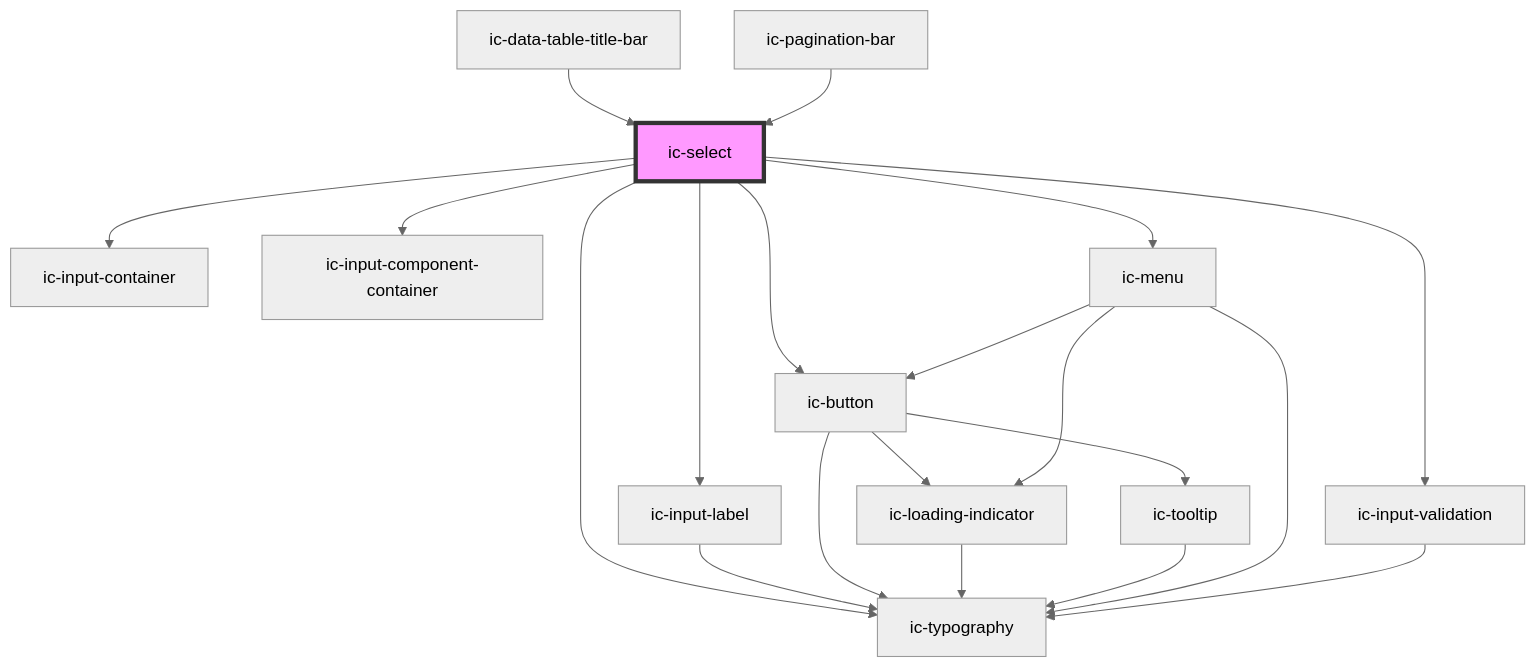
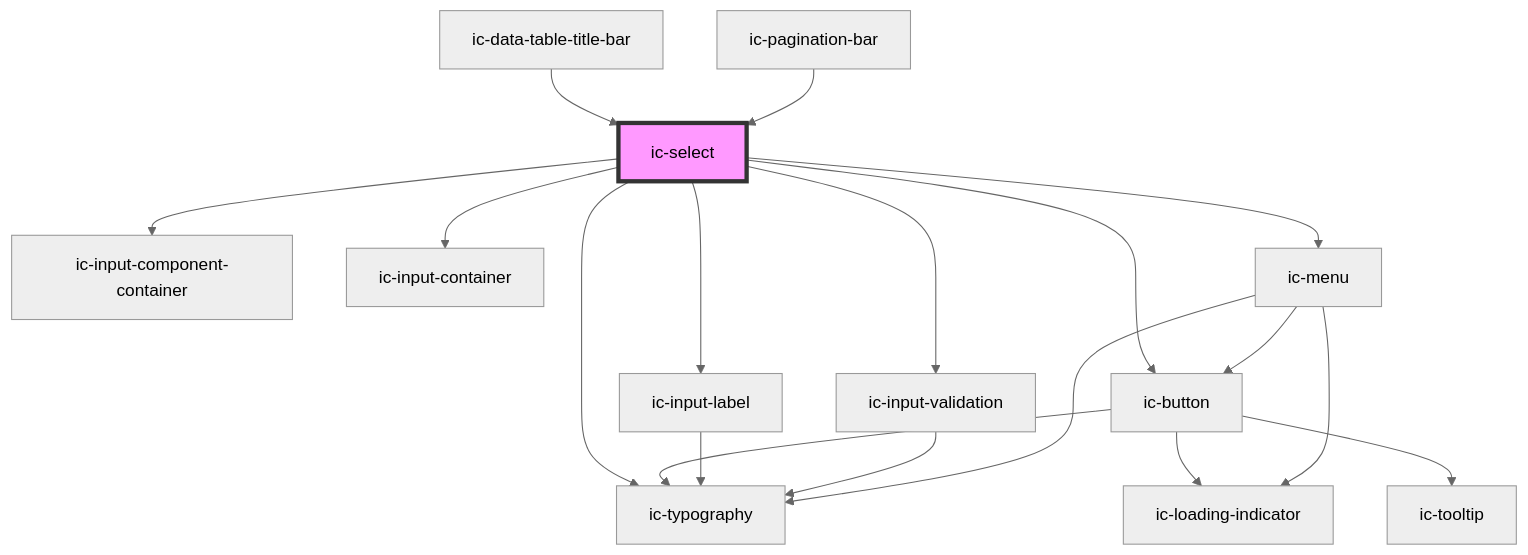
The diagram in packages/web-components/src/components/ic-select/readme.md (mi6/ic-ui-kit), drawn with Mermaid (neutral theme) before and after one commit. The commit also changed other lines of this file and 24 other files, not shown here.

````diff
--- a/packages/web-components/src/components/ic-select/readme.md
+++ b/packages/web-components/src/components/ic-select/readme.md
@@ -109,23 +111,21 @@
 ```mermaid
 graph TD;
+  ic-select --> ic-button
+  ic-select --> ic-input-component-container
   ic-select --> ic-input-container
   ic-select --> ic-input-label
-  ic-select --> ic-input-component-container
+  ic-select --> ic-input-validation
+  ic-select --> ic-menu
   ic-select --> ic-typography
-  ic-select --> ic-button
-  ic-select --> ic-menu
-  ic-select --> ic-input-validation
-  ic-input-label --> ic-typography
+  ic-data-table-title-bar --> ic-select
+  ic-pagination-bar --> ic-select
   ic-button --> ic-typography
   ic-button --> ic-loading-indicator
   ic-button --> ic-tooltip
-  ic-loading-indicator --> ic-typography
-  ic-tooltip --> ic-typography
+  ic-input-label --> ic-typography
+  ic-input-validation --> ic-typography
   ic-menu --> ic-loading-indicator
   ic-menu --> ic-typography
   ic-menu --> ic-button
-  ic-input-validation --> ic-typography
-  ic-data-table-title-bar --> ic-select
-  ic-pagination-bar --> ic-select
   style ic-select fill:#f9f,stroke:#333,stroke-width:4px
 ```
````
